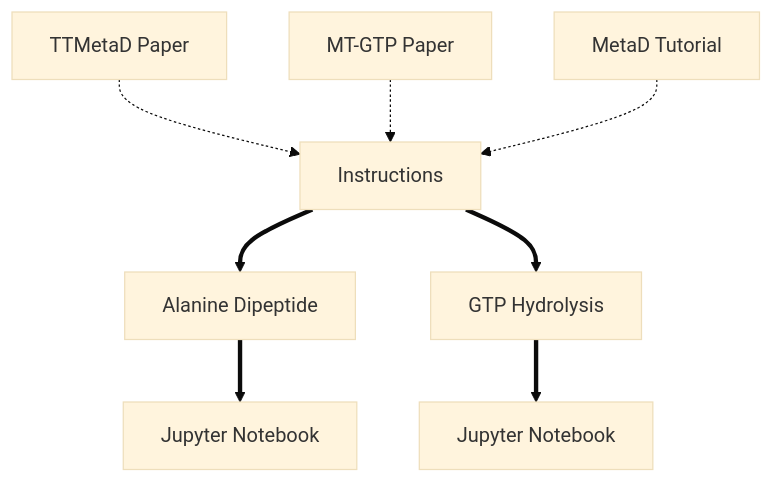
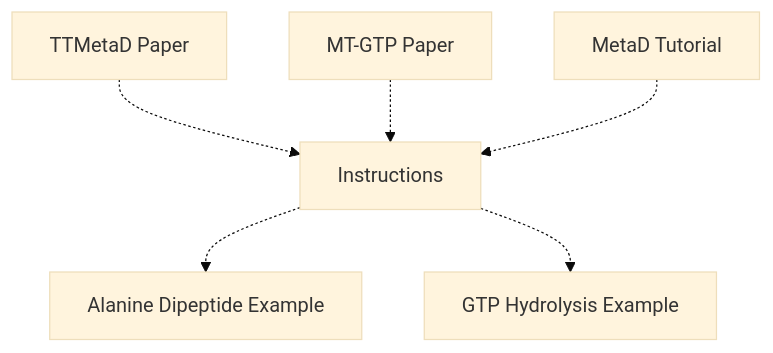
Before and after one commit to uchicago-voth/masterclass-24-09-ttmetad: the diagram in NAVIGATION.md, drawn with Mermaid (base theme). The commit also changed 1 other file, not shown here.

Commit message:
rm alad_plumed.dat, etc

````diff
--- a/NAVIGATION.md
+++ b/NAVIGATION.md
@@ -5,18 +5,14 @@
 ```mermaid
 flowchart TB;
     A[TTMetaD Paper] -.-> D[Instructions];
     B[MT-GTP Paper] -.-> D[Instructions];
     C[MetaD Tutorial] -.-> D[Instructions];
-    D[Instructions] ==> E[Alanine Dipeptide];
-    D[Instructions] ==> F[GTP Hydrolysis];
-    E[Alanine Dipeptide] ==> G[Jupyter Notebook];
-    F[GTP Hydrolysis] ==> H[Jupyter Notebook];
+    D[Instructions] -.-> E[Alanine Dipeptide Example];
+    D[Instructions] -.-> F[GTP Hydrolysis Example];
     click A "ref1" "You should read this paper before completing this exercise";
     click B "ref2" "You are recommended to read this paper but not required";
     click C "ref3" "A previous tutorial that introduces the basics of MetaD";
     click D "INSTRUCTIONS.md" "Instructions for the exercise that you are supposed to complete";
-    click E "alad/alad_plumed.dat" "The complete input file for the Alanine Dipeptide example";
-    click F "mt_gtp/mt_gtp_plumed.dat" "The complete input file for the GTP hydrolysis in microtubules example";
-    click G "alad/visualize.ipynb" "Jupyter Notebook for the Alanine Dipeptide example";
-    click H "mt_gtp/visualize.ipynb" "Jupyter Notebook for the GTP hydrolysis in microtubules example";
+    click E "alad/visualize.ipynb" "Jupyter Notebook for the Alanine Dipeptide example";
+    click F "mt_gtp/visualize.ipynb" "Jupyter Notebook for the GTP hydrolysis in microtubules example";
 ```
````
